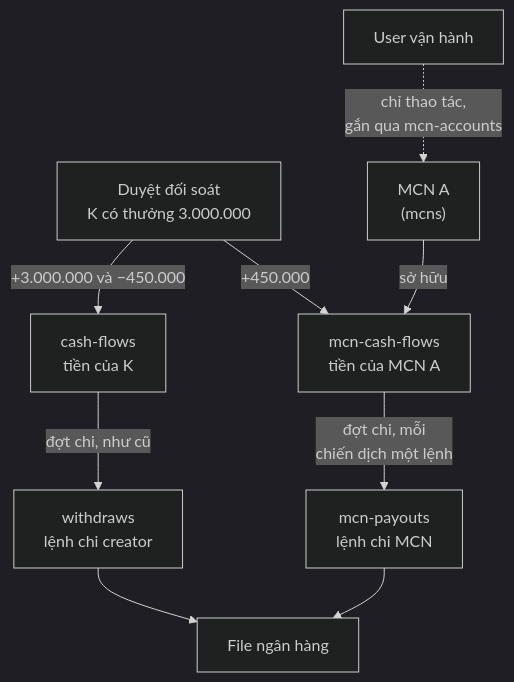
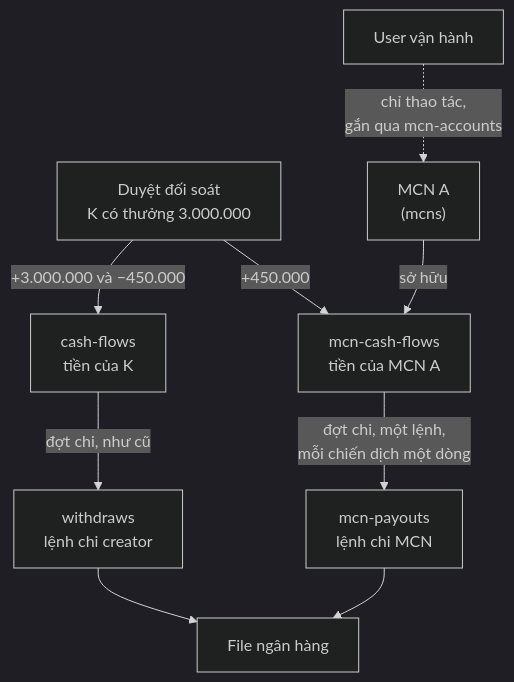
The first of 6 diagrams in mcn/techspec-mcn-phase1-2026-11-04.md (viewboost/accesstrade-docs), drawn with Mermaid (dark theme) before and after one commit. The commit also changed other lines of this file, not shown here.

````diff
--- a/mcn/techspec-mcn-phase1-2026-11-04.md
+++ b/mcn/techspec-mcn-phase1-2026-11-04.md
@@ -50,12 +60,12 @@
 ```mermaid
 flowchart TB
   R["Duyệt đối soát<br/>K có thưởng 3.000.000"]
   R -- "+3.000.000 và −450.000" --> CF["cash-flows<br/>tiền của K"]
   R -- "+450.000" --> MCF["mcn-cash-flows<br/>tiền của MCN A"]
   U["User vận hành"] -. "chỉ thao tác,<br/>gắn qua mcn-accounts" .-> A["MCN A<br/>(mcns)"]
   A -- "sở hữu" --> MCF
   CF -- "đợt chi, như cũ" --> WD["withdraws<br/>lệnh chi creator"]
-  MCF -- "đợt chi, mỗi<br/>chiến dịch một lệnh" --> PO["mcn-payouts<br/>lệnh chi MCN"]
+  MCF -- "đợt chi, một lệnh,<br/>mỗi chiến dịch một dòng" --> PO["mcn-payouts<br/>lệnh chi MCN"]
   WD --> F["File ngân hàng"]
   PO --> F
 ```
````
